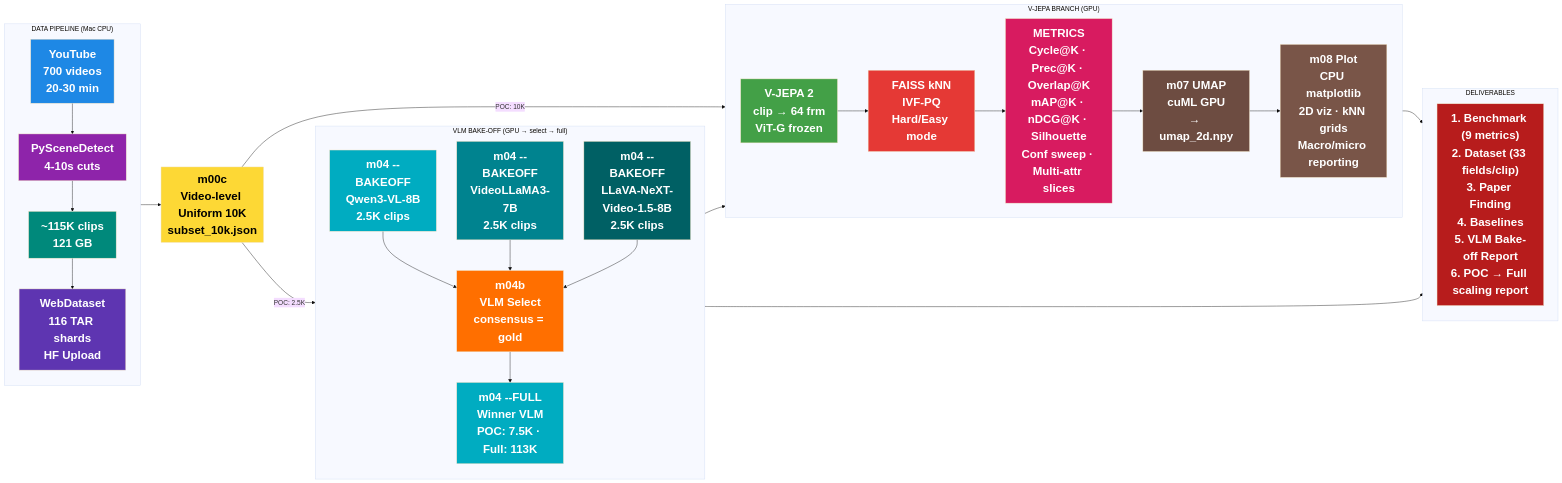
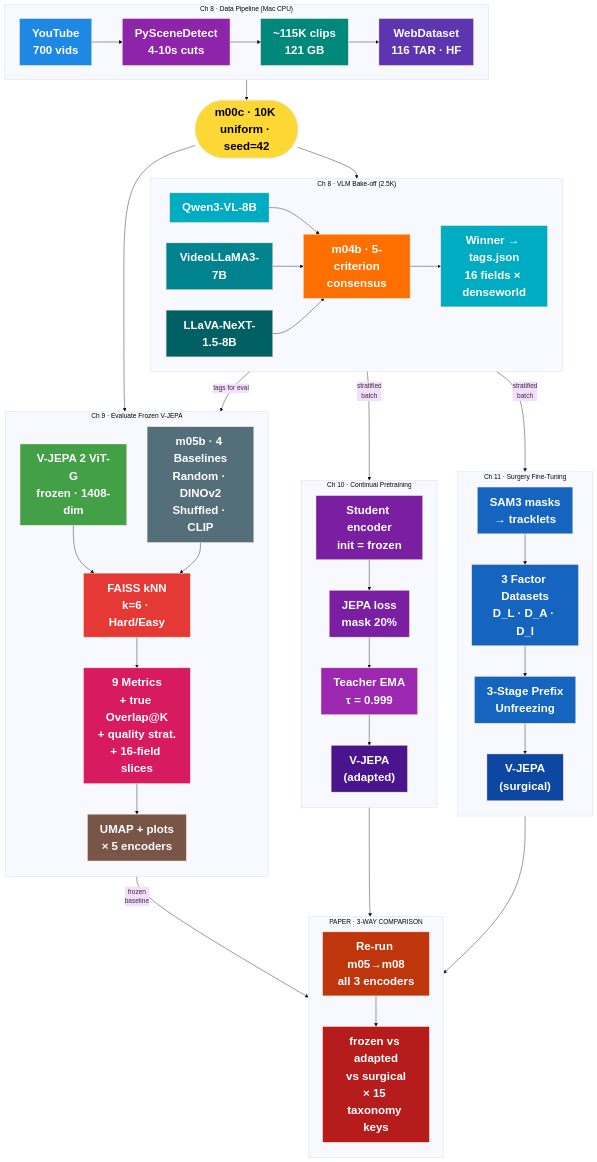
The first of 2 diagrams in iter/iter6/plan_HIGH_LEVEL.md (kapilw25/factorjepa), drawn with Mermaid (base theme) before and after one commit. The commit also changed other lines of this file and 5 other files, not shown here.

````diff
--- a/iter/iter6/plan_HIGH_LEVEL.md
+++ b/iter/iter6/plan_HIGH_LEVEL.md
@@ -77,56 +82,76 @@
 ```mermaid
-flowchart LR
-    subgraph DATA ["DATA PIPELINE (Mac CPU)"]
-        direction TB
-        A["YouTube<br>700 videos<br>20-30 min"] --> B["PySceneDetect<br>4-10s cuts"]
-        B --> C["~115K clips<br>121 GB"]
-        C --> D["WebDataset<br>116 TAR shards<br>HF Upload"]
+flowchart TB
+    subgraph DATA ["Ch 8 · Data Pipeline (Mac CPU)"]
+        direction LR
+        A["YouTube<br>700 vids"] --> B["PySceneDetect<br>4-10s cuts"] --> C["~115K clips<br>121 GB"] --> D["WebDataset<br>116 TAR · HF"]
     end
 
-    subgraph SUB ["m00c<br>Video-level Uniform 10K<br>subset_10k.json"]
+    SUB(["m00c · 10K uniform · seed=42"])
+
+    subgraph VLM ["Ch 8 · VLM Bake-off (2.5K)"]
+        direction LR
+        I1["Qwen3-VL-8B"] --> S["m04b · 5-criterion<br>consensus"]
+        I2["VideoLLaMA3-7B"] --> S
+        I3["LLaVA-NeXT-1.5-8B"] --> S
+        S --> W["Winner → tags.json<br>16 fields × denseworld"]
     end
 
-    subgraph VJEPA ["V-JEPA BRANCH (GPU)"]
-        direction LR
-        E["V-JEPA 2<br>clip → 64 frm<br>ViT-G frozen"] --> F["FAISS kNN<br>IVF-PQ<br>Hard/Easy mode"]
-        F --> G["METRICS<br>Cycle@K · Prec@K · Overlap@K<br>mAP@K · nDCG@K · Silhouette<br>Conf sweep · Multi-attr slices"]
-        G --> H1["m07 UMAP<br>cuML GPU<br>→ umap_2d.npy"]
-        H1 --> H2["m08 Plot<br>CPU matplotlib<br>2D viz · kNN grids<br>Macro/micro reporting"]
+    subgraph CH9 ["Ch 9 · Evaluate Frozen V-JEPA"]
+        direction TB
+        E["V-JEPA 2 ViT-G<br>frozen · 1408-dim"] --> F["FAISS kNN<br>k=6 · Hard/Easy"]
+        BL["m05b · 4 Baselines<br>Random · DINOv2<br>Shuffled · CLIP"] --> F
+        F --> G["9 Metrics<br>+ true Overlap@K<br>+ quality strat.<br>+ 16-field slices"]
+        G --> H["UMAP + plots<br>× 5 encoders"]
     end
 
-    subgraph VLM ["VLM BAKE-OFF (GPU → select → full)"]
+    subgraph CH10 ["Ch 10 · Continual Pretraining"]
         direction TB
-        I1["m04 --BAKEOFF<br>Qwen3-VL-8B<br>2.5K clips"] --> S["m04b<br>VLM Select<br>consensus = gold"]
-        I2["m04 --BAKEOFF<br>VideoLLaMA3-7B<br>2.5K clips"] --> S
-        I3["m04 --BAKEOFF<br>LLaVA-NeXT-Video-1.5-8B<br>2.5K clips"] --> S
-        S --> W["m04 --FULL<br>Winner VLM<br>POC: 7.5K · Full: 113K"]
+        J1["Student encoder<br>init = frozen"] --> J2["JEPA loss<br>mask 20%"] --> J3["Teacher EMA<br>τ = 0.999"] --> J4["V-JEPA<br>(adapted)"]
     end
 
-    subgraph OUT ["DELIVERABLES"]
-        K["1. Benchmark (9 metrics)<br>2. Dataset (33 fields/clip)<br>3. Paper Finding<br>4. Baselines<br>5. VLM Bake-off Report<br>6. POC → Full scaling report"]
+    subgraph CH11 ["Ch 11 · Surgery Fine-Tuning"]
+        direction TB
+        K1["SAM3 masks<br>→ tracklets"] --> K2["3 Factor Datasets<br>D_L · D_A · D_I"] --> K3["3-Stage Prefix<br>Unfreezing"] --> K4["V-JEPA<br>(surgical)"]
+    end
+
+    subgraph FINAL ["PAPER · 3-WAY COMPARISON"]
+        direction TB
+        L1["Re-run m05→m08<br>all 3 encoders"] --> L2["frozen vs adapted<br>vs surgical<br>× 15 taxonomy keys"]
     end
 
     DATA --> SUB
-    SUB -->|"POC: 10K"| VJEPA
-    SUB -->|"POC: 2.5K"| VLM
-    VLM --> VJEPA
-    VJEPA --> OUT
-    VLM --> OUT
+    SUB --> VLM
+    SUB --> CH9
+    W -->|"tags for eval"| CH9
+    W -->|"stratified<br>batch"| CH10
+    W -->|"stratified<br>batch"| CH11
+    CH9 -->|"frozen<br>baseline"| FINAL
+    CH10 --> FINAL
+    CH11 --> FINAL
 
     style A fill:#1e88e5,color:#fff,font-weight:bold,font-size:28px
     style B fill:#8e24aa,color:#fff,font-weight:bold,font-size:28px
     style C fill:#00897b,color:#fff,font-weight:bold,font-size:28px
     style D fill:#5e35b1,color:#fff,font-weight:bold,font-size:28px
     style SUB fill:#fdd835,color:#000,font-weight:bold,font-size:28px
     style E fill:#43a047,color:#fff,font-weight:bold,font-size:28px
     style F fill:#e53935,color:#fff,font-weight:bold,font-size:28px
     style G fill:#d81b60,color:#fff,font-weight:bold,font-size:28px
-    style H1 fill:#6d4c41,color:#fff,font-weight:bold,font-size:28px
-    style H2 fill:#795548,color:#fff,font-weight:bold,font-size:28px
+    style H fill:#795548,color:#fff,font-weight:bold,font-size:28px
+    style BL fill:#546e7a,color:#fff,font-weight:bold,font-size:28px
     style I1 fill:#00acc1,color:#fff,font-weight:bold,font-size:28px
     style I2 fill:#00838f,color:#fff,font-weight:bold,font-size:28px
     style I3 fill:#006064,color:#fff,font-weight:bold,font-size:28px
     style S fill:#ff6f00,color:#fff,font-weight:bold,font-size:28px
     style W fill:#00acc1,color:#fff,font-weight:bold,font-size:28px
-    style K fill:#b71c1c,color:#fff,font-weight:bold,font-size:28px
+    style J1 fill:#7b1fa2,color:#fff,font-weight:bold,font-size:28px
+    style J2 fill:#7b1fa2,color:#fff,font-weight:bold,font-size:28px
+    style J3 fill:#9c27b0,color:#fff,font-weight:bold,font-size:28px
+    style J4 fill:#4a148c,color:#fff,font-weight:bold,font-size:28px
+    style K1 fill:#1565c0,color:#fff,font-weight:bold,font-size:28px
+    style K2 fill:#1565c0,color:#fff,font-weight:bold,font-size:28px
+    style K3 fill:#1565c0,color:#fff,font-weight:bold,font-size:28px
+    style K4 fill:#0d47a1,color:#fff,font-weight:bold,font-size:28px
+    style L1 fill:#bf360c,color:#fff,font-weight:bold,font-size:28px
+    style L2 fill:#b71c1c,color:#fff,font-weight:bold,font-size:28px
 ```
````
